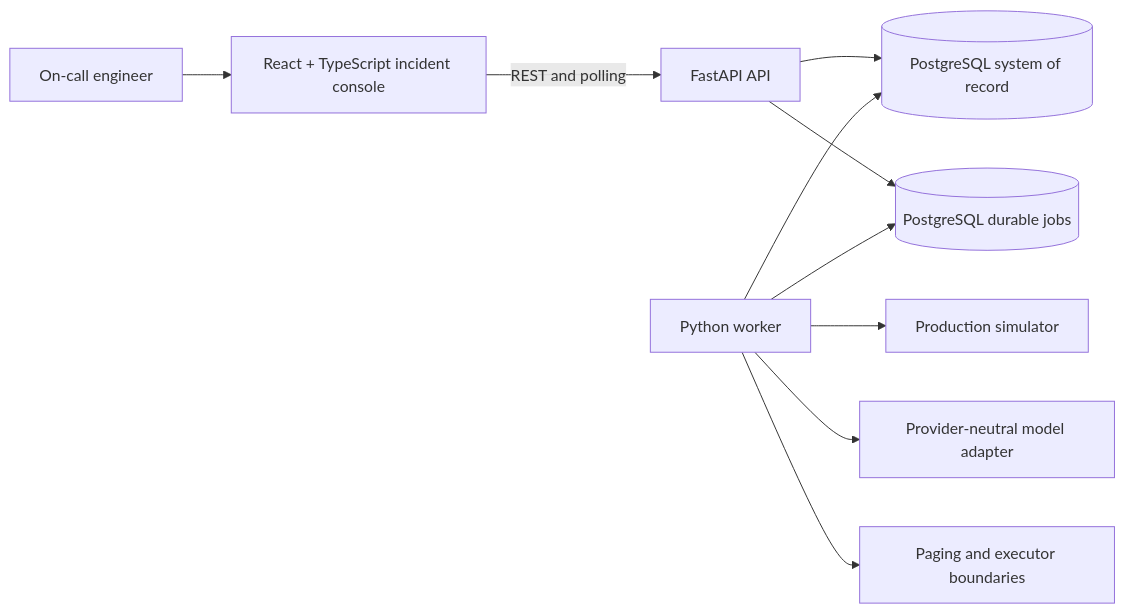
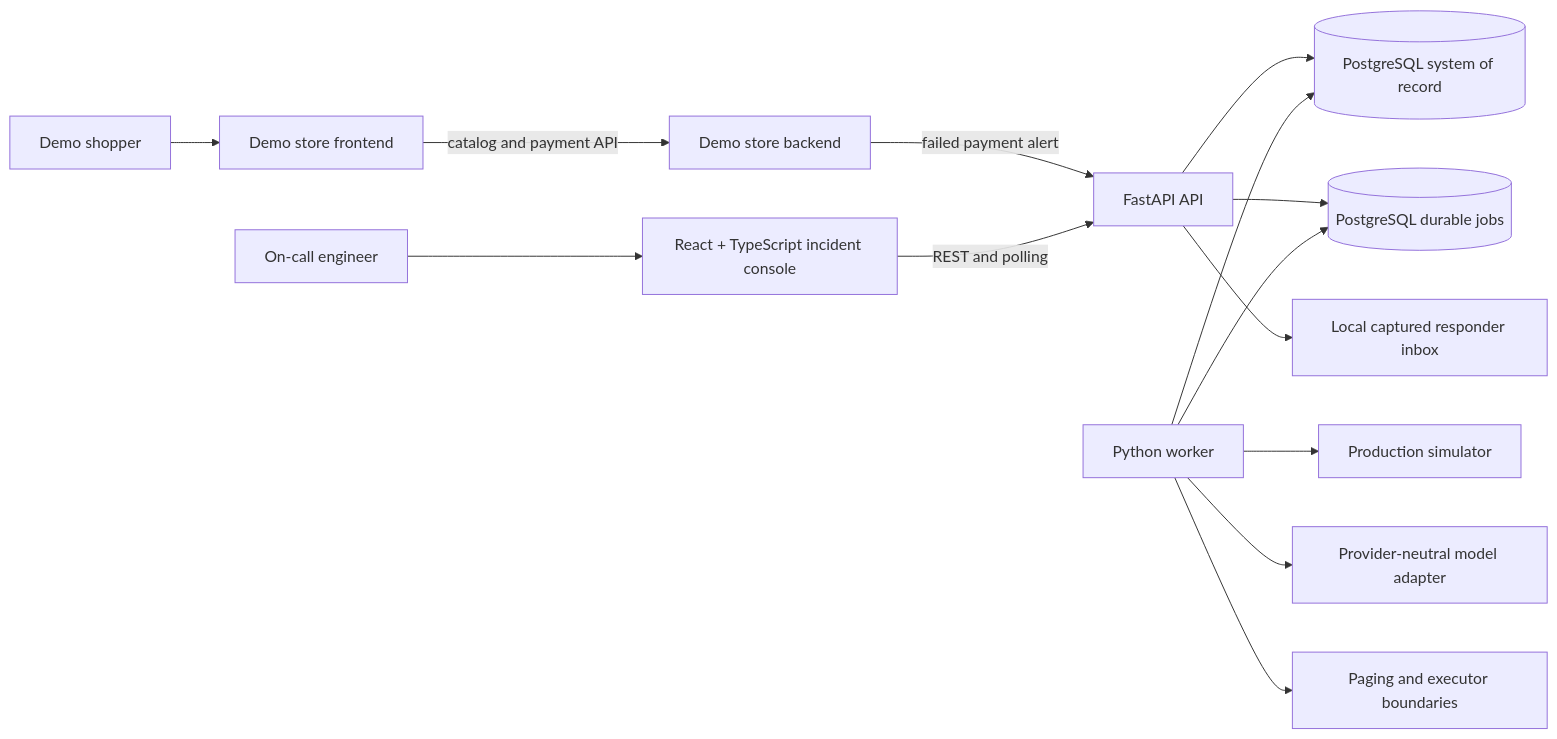
One commit to safayavatsal/hero-vired-assignment changed the diagram in _plan_docs/_hld_docs/00-system-architecture.md. Above: the diagram before and after it, drawn with Mermaid. The commit also changed other lines of this file and 52 other files, not shown here.

````diff
--- a/_plan_docs/_hld_docs/00-system-architecture.md
+++ b/_plan_docs/_hld_docs/00-system-architecture.md
@@ -7,12 +7,16 @@
 ```mermaid
 flowchart LR
+    Shopper[Demo shopper] --> Storefront[Demo store frontend]
+    Storefront -->|catalog and payment API| StoreAPI[Demo store backend]
+    StoreAPI -->|failed payment alert| API
     Responder[On-call engineer] --> UI[React + TypeScript incident console]
     UI -->|REST and polling| API[FastAPI API]
     API --> Store[(PostgreSQL system of record)]
     API --> Jobs[(PostgreSQL durable jobs)]
     Worker[Python worker] --> Jobs
     Worker --> Store
     Worker --> Simulator[Production simulator]
     Worker --> Model[Provider-neutral model adapter]
     Worker --> Pager[Paging and executor boundaries]
+    API --> Inbox[Local captured responder inbox]
 ```
````
